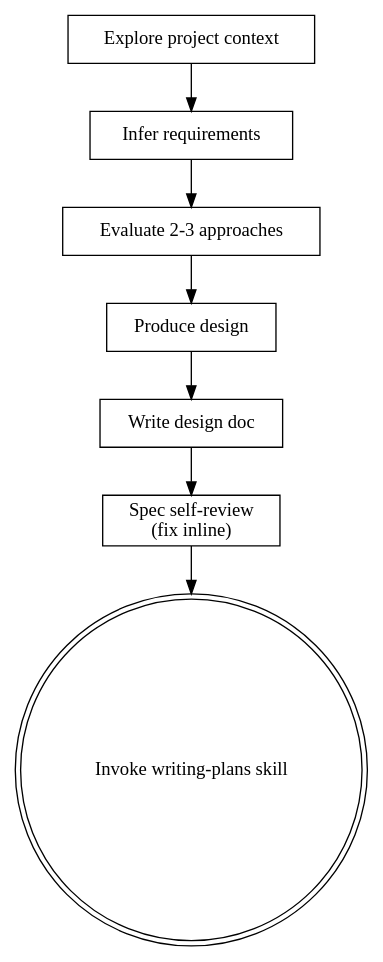
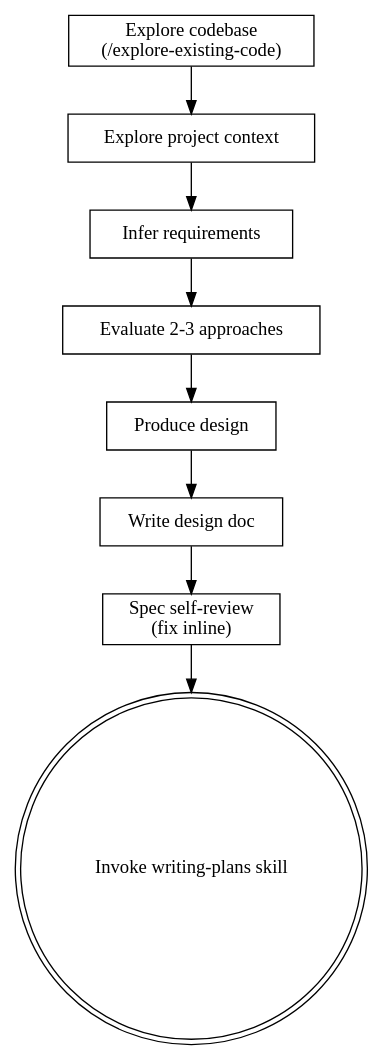
Before and after one commit to dvlkv/igor: the diagram in skills/brainstorming/SKILL.md, drawn with Graphviz. The commit also changed other lines of this file and 1 other file, not shown here.

First line of the commit message:
refactor(brainstorming): enhance task sequence and clarify codebase exploration

````diff
--- a/skills/brainstorming/SKILL.md
+++ b/skills/brainstorming/SKILL.md
@@ -31,18 +32,20 @@
 ```dot
 digraph brainstorming {
+    "Explore codebase\n(/explore-existing-code)" [shape=box];
     "Explore project context" [shape=box];
     "Infer requirements" [shape=box];
     "Evaluate 2-3 approaches" [shape=box];
     "Produce design" [shape=box];
     "Write design doc" [shape=box];
     "Spec self-review\n(fix inline)" [shape=box];
     "Invoke writing-plans skill" [shape=doublecircle];
 
+    "Explore codebase\n(/explore-existing-code)" -> "Explore project context";
     "Explore project context" -> "Infer requirements";
     "Infer requirements" -> "Evaluate 2-3 approaches";
     "Evaluate 2-3 approaches" -> "Produce design";
     "Produce design" -> "Write design doc";
     "Write design doc" -> "Spec self-review\n(fix inline)";
     "Spec self-review\n(fix inline)" -> "Invoke writing-plans skill";
 }
 ```
````
